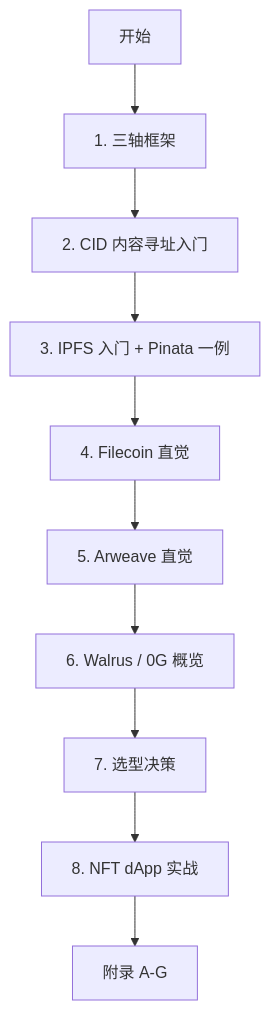
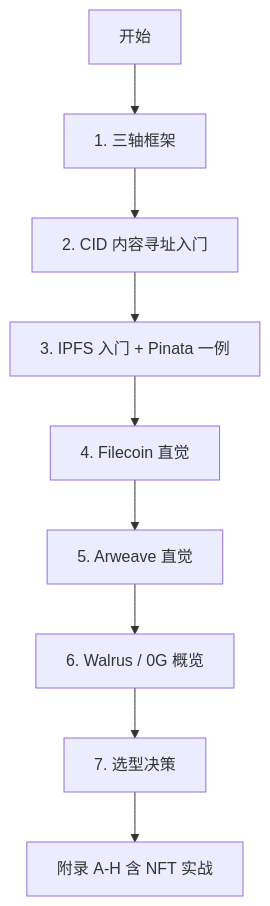
One commit to ChuwuYo/misc-files changed the first of 32 diagrams in web3-engineer-guide/14-去中心化存储/README.md. Above: the diagram before and after it, drawn with Mermaid. The commit also changed other lines of this file and 108 other files, not shown here.

````diff
--- a/web3-engineer-guide/14-去中心化存储/README.md
+++ b/web3-engineer-guide/14-去中心化存储/README.md
@@ -31,12 +32,11 @@
 ```mermaid
 flowchart TD
     Start[开始] --> CH1[1. 三轴框架]
     CH1 --> CH2[2. CID 内容寻址入门]
     CH2 --> CH3[3. IPFS 入门 + Pinata 一例]
     CH3 --> CH4[4. Filecoin 直觉]
     CH4 --> CH5[5. Arweave 直觉]
     CH5 --> CH6[6. Walrus / 0G 概览]
     CH6 --> CH7[7. 选型决策]
-    CH7 --> CH8[8. NFT dApp 实战]
-    CH8 --> APP[附录 A-G]
+    CH7 --> APP[附录 A-H 含 NFT 实战]
 ```
````
